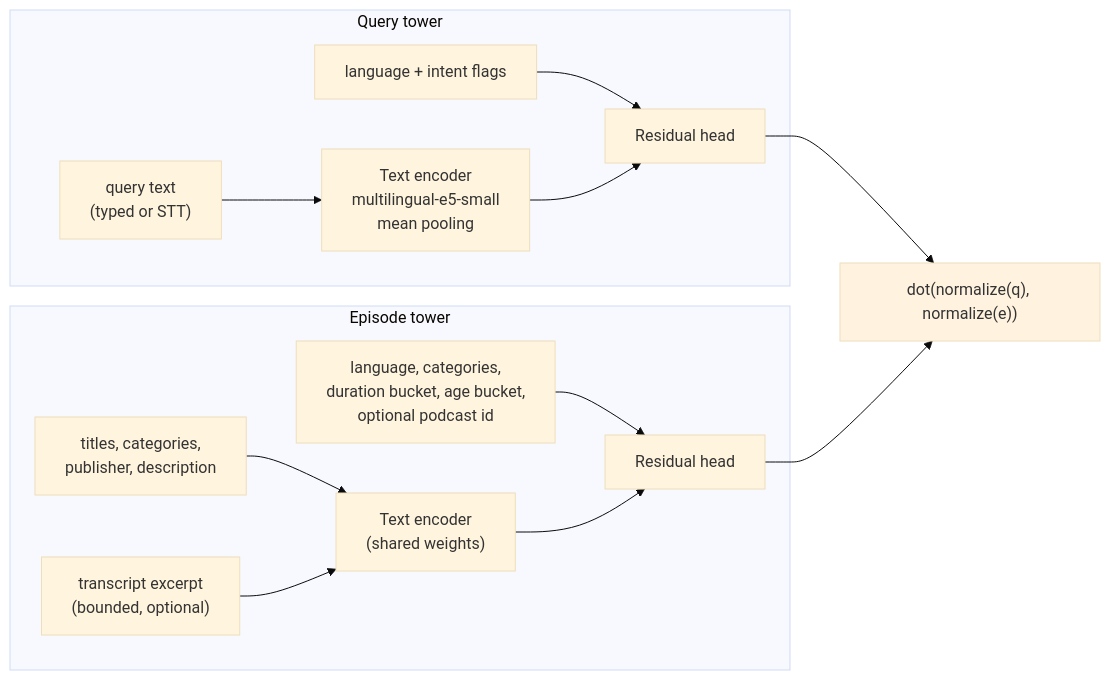
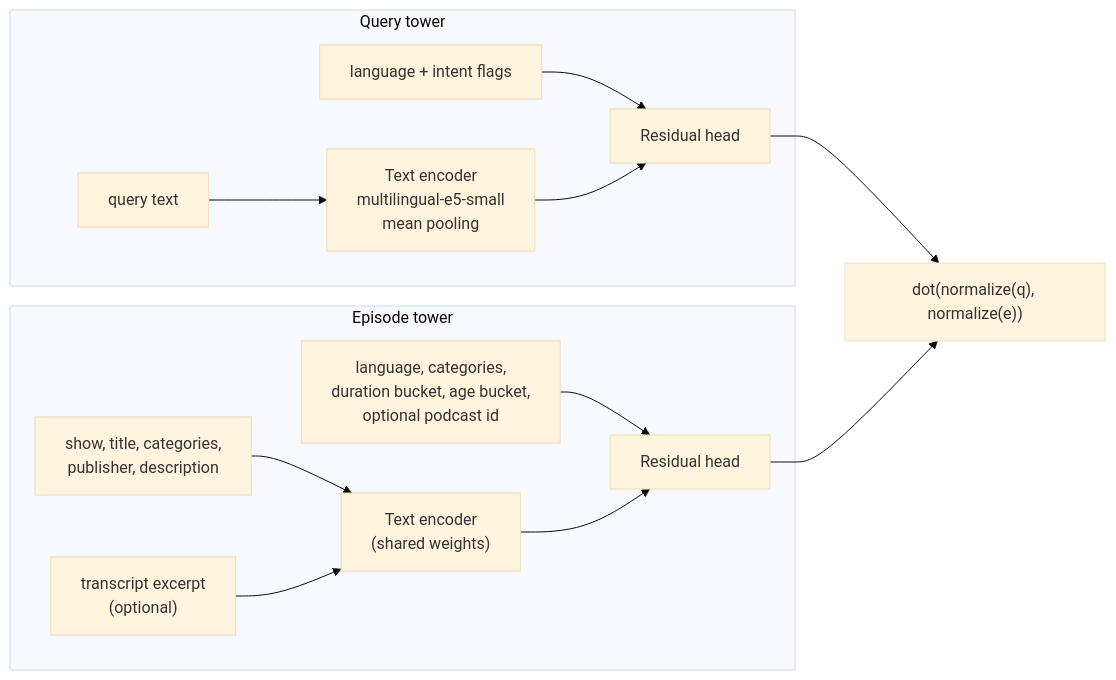
Before and after one commit to poornanat1/podcast-retrieval: the diagram in docs/08-models.md, drawn with Mermaid (base theme). The commit also changed other lines of this file and 15 other files, not shown here.

````diff
--- a/docs/08-models.md
+++ b/docs/08-models.md
@@ -21,17 +13,16 @@
 ```mermaid
 graph LR
     subgraph Query tower
-        QT["query text<br/>(typed or STT)"] --> ENC["Text encoder<br/>multilingual-e5-small<br/>mean pooling"]
+        QT["query text"] --> ENC["Text encoder<br/>multilingual-e5-small<br/>mean pooling"]
         QC["language + intent flags"] --> QH["Residual head"]
         ENC --> QH
     end
     subgraph Episode tower
-        META["titles, categories,<br/>publisher, description"] --> ENC2["Text encoder<br/>(shared weights)"]
-        TR["transcript excerpt<br/>(bounded, optional)"] --> ENC2
+        META["show, title, categories,<br/>publisher, description"] --> ENC2["Text encoder<br/>(shared weights)"]
+        TR["transcript excerpt<br/>(optional)"] --> ENC2
         ST["language, categories,<br/>duration bucket, age bucket,<br/>optional podcast id"] --> EH["Residual head"]
         ENC2 --> EH
     end
     QH --> S["dot(normalize(q), normalize(e))"]
     EH --> S
-    style S fill:#fff3e0
 ```
````
